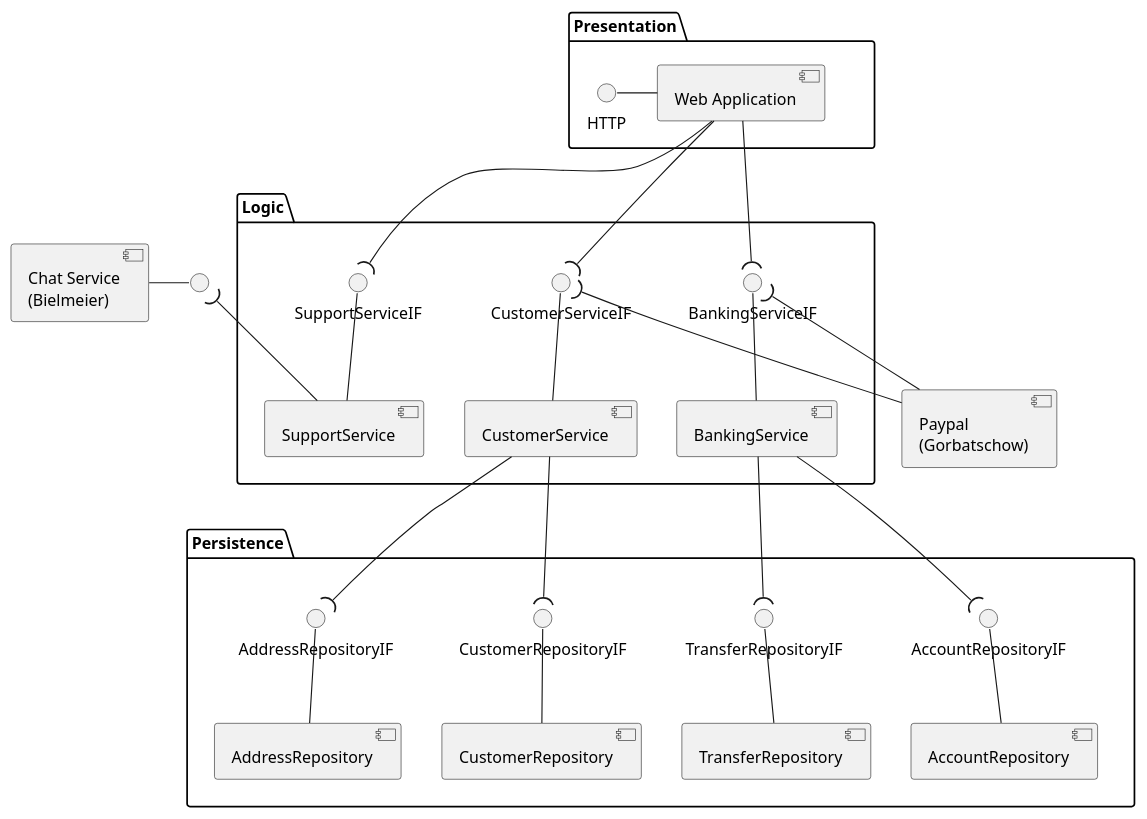
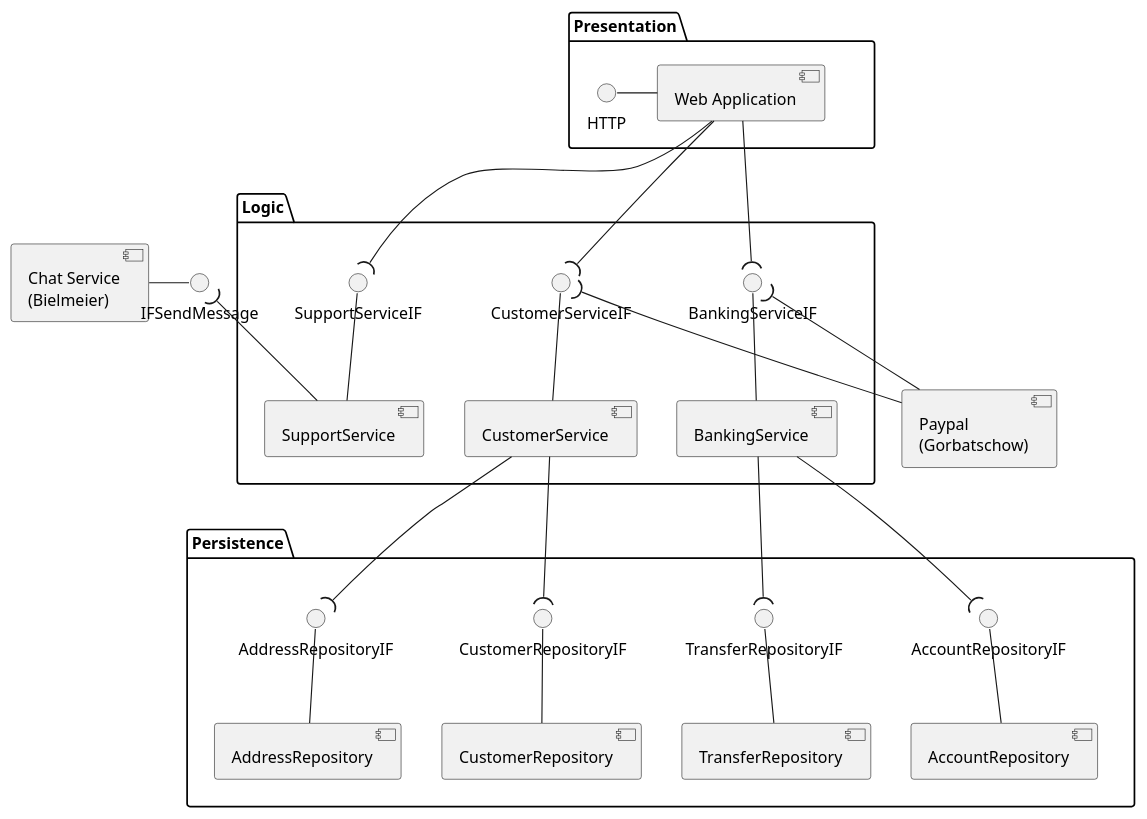
Before and after one commit to SteffBauer/sw_project: the diagram in documentation/diagrams/DiagramComponent_BankingService.puml, drawn with PlantUML. The commit also changed 1 other file, not shown here.

Commit message:
worked on class and component diagram

```diff
--- a/documentation/diagrams/DiagramComponent_BankingService.puml
+++ b/documentation/diagrams/DiagramComponent_BankingService.puml
@@ -1,64 +1,64 @@
 @startuml
 
 skinparam monochrome true
 
 [Paypal\n(Gorbatschow)] as paypal
 [Chat Service\n(Bielmeier)] as chat
 
-interface " " as IFChat
+interface "IFSendMessage" as IFChat
 chat -right-() IFChat
 
 package "Presentation" as presentation {
   HTTP - [Web Application]
 }
 
 
 package "Logic" as logic {
 
   '[SessionService] -up-() SessionServiceIF
   'SessionServiceIF )-up- [Web Application]
 
   [CustomerService] -up-() CustomerServiceIF
   CustomerServiceIF )-up- [Web Application]
   CustomerServiceIF )-- paypal
 
   [BankingService] -up-() BankingServiceIF
   BankingServiceIF )-- [Web Application]
   BankingServiceIF )-- paypal
 
   [SupportService] -up-() SupportServiceIF
   SupportServiceIF )-up- [Web Application]
   IFChat )-- SupportService
 
   'chat -[hidden]-> [SupportService]
 
 
 
 }
 
 package "Persistence" as persistence {
 
   [AccountRepository] -up-() AccountRepositoryIF
   AccountRepositoryIF )-up- [BankingService]
 
   [TransferRepository] -up-() TransferRepositoryIF
   TransferRepositoryIF )-up- [BankingService]
 
   [CustomerRepository] -up-() CustomerRepositoryIF
   CustomerRepositoryIF )-up- [CustomerService]
 
   [AddressRepository] -up-() AddressRepositoryIF
   AddressRepositoryIF )-up- [CustomerService]
 }
 
 presentation -[hidden]-> logic
 presentation -[hidden]-> persistence
 logic -[hidden]-> persistence
 
 logic -[hidden]> chat
 paypal -[hidden]> logic
 
 
 
 
 @enduml
```
